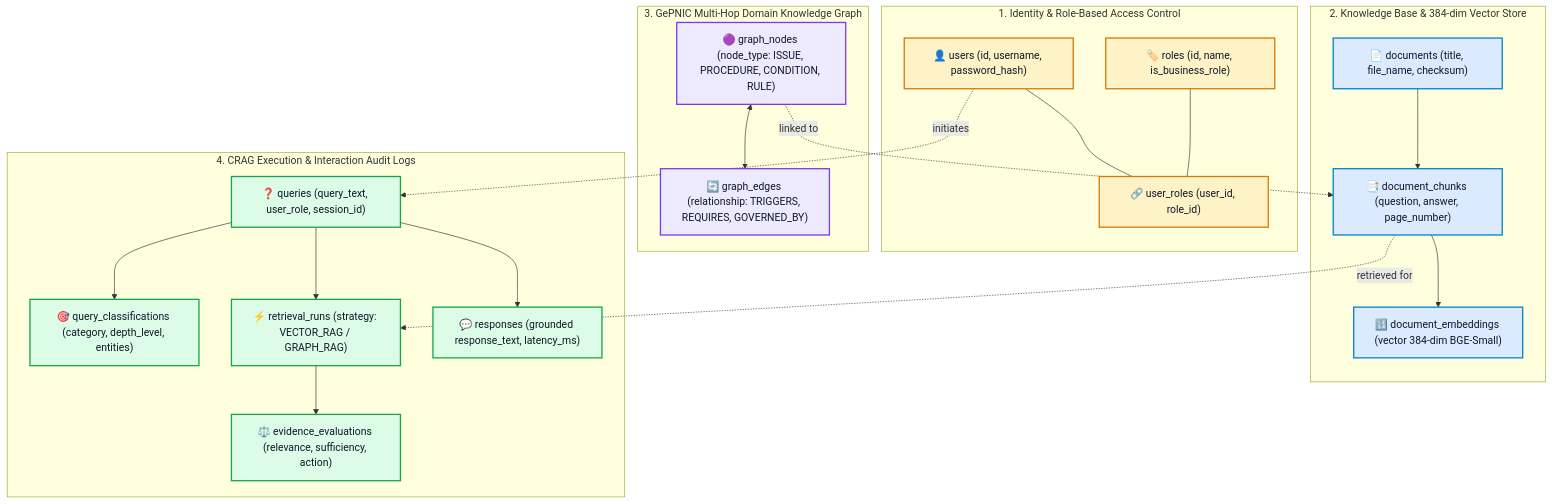
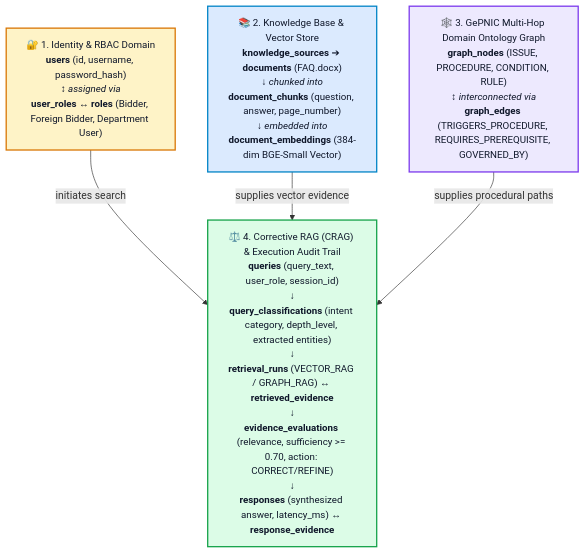
The third of 3 diagrams in README.md (normalnevan1/clarifibids), drawn with Mermaid before and after one commit.

Commit message:
docs: restructure database schema diagram into vertical domain blocks with 15px font for high visibility

````diff
--- a/README.md
+++ b/README.md
@@ -156,45 +156,23 @@
 ```mermaid
 flowchart TD
-    classDef auth fill:#fef3c7,stroke:#d97706,stroke-width:2px,color:#0f172a;
-    classDef docs fill:#dbeafe,stroke:#0284c7,stroke-width:2px,color:#0f172a;
-    classDef kg fill:#ede9fe,stroke:#7c3aed,stroke-width:2px,color:#0f172a;
-    classDef audit fill:#dcfce7,stroke:#16a34a,stroke-width:2px,color:#0f172a;
+    classDef auth fill:#fef3c7,stroke:#d97706,stroke-width:2px,color:#0f172a,font-size:15px;
+    classDef docs fill:#dbeafe,stroke:#0284c7,stroke-width:2px,color:#0f172a,font-size:15px;
+    classDef kg fill:#ede9fe,stroke:#7c3aed,stroke-width:2px,color:#0f172a,font-size:15px;
+    classDef audit fill:#dcfce7,stroke:#16a34a,stroke-width:2px,color:#0f172a,font-size:15px;
 
-    subgraph Auth ["1. Identity & Role-Based Access Control"]
-        U["👤 users (id, username, password_hash)"]:::auth
-        R["🏷️ roles (id, name, is_business_role)"]:::auth
-        UR["🔗 user_roles (user_id, role_id)"]:::auth
-        U --- UR
-        R --- UR
-    end
+    %% Tier 1: Identity
+    AUTH_BOX["🔐 1. Identity & RBAC Domain<br/><b>users</b> (id, username, password_hash)<br/>↕ <i>assigned via</i><br/><b>user_roles</b> ↔ <b>roles</b> (Bidder, Foreign Bidder, Department User)"]:::auth
 
-    subgraph Knowledge ["2. Knowledge Base & 384-dim Vector Store"]
-        DOC["📄 documents (title, file_name, checksum)"]:::docs
-        DC["📑 document_chunks (question, answer, page_number)"]:::docs
-        EMB["🔢 document_embeddings (vector 384-dim BGE-Small)"]:::docs
-        DOC --> DC
-        DC --> EMB
-    end
+    %% Tier 2: Knowledge Base
+    DOC_BOX["📚 2. Knowledge Base & Vector Store<br/><b>knowledge_sources</b> ➔ <b>documents</b> (FAQ.docx)<br/>↓ <i>chunked into</i><br/><b>document_chunks</b> (question, answer, page_number)<br/>↓ <i>embedded into</i><br/><b>document_embeddings</b> (384-dim BGE-Small Vector)"]:::docs
 
-    subgraph Ontology ["3. GePNIC Multi-Hop Domain Knowledge Graph"]
-        GN["🟣 graph_nodes (node_type: ISSUE, PROCEDURE, CONDITION, RULE)"]:::kg
-        GE["🔄 graph_edges (relationship: TRIGGERS, REQUIRES, GOVERNED_BY)"]:::kg
-        GN <--> GE
-    end
+    %% Tier 3: Domain Ontology
+    KG_BOX["🕸️ 3. GePNIC Multi-Hop Domain Ontology Graph<br/><b>graph_nodes</b> (ISSUE, PROCEDURE, CONDITION, RULE)<br/>↕ <i>interconnected via</i><br/><b>graph_edges</b> (TRIGGERS_PROCEDURE, REQUIRES_PREREQUISITE, GOVERNED_BY)"]:::kg
 
-    subgraph Audit ["4. CRAG Execution & Interaction Audit Logs"]
-        Q["❓ queries (query_text, user_role, session_id)"]:::audit
-        QC["🎯 query_classifications (category, depth_level, entities)"]:::audit
-        RR["⚡ retrieval_runs (strategy: VECTOR_RAG / GRAPH_RAG)"]:::audit
-        EE["⚖️ evidence_evaluations (relevance, sufficiency, action)"]:::audit
-        RESP["💬 responses (grounded response_text, latency_ms)"]:::audit
-        Q --> QC
-        Q --> RR
-        RR --> EE
-        Q --> RESP
-    end
+    %% Tier 4: CRAG & Audit Trail
+    AUDIT_BOX["⚖️ 4. Corrective RAG (CRAG) & Execution Audit Trail<br/><b>queries</b> (query_text, user_role, session_id)<br/>↓<br/><b>query_classifications</b> (intent category, depth_level, extracted entities)<br/>↓<br/><b>retrieval_runs</b> (VECTOR_RAG / GRAPH_RAG) ↔ <b>retrieved_evidence</b><br/>↓<br/><b>evidence_evaluations</b> (relevance, sufficiency >= 0.70, action: CORRECT/REFINE)<br/>↓<br/><b>responses</b> (synthesized answer, latency_ms) ↔ <b>response_evidence</b>"]:::audit
 
-    U -.->|"initiates"| Q
-    DC -.->|"retrieved for"| RR
-    GN -.->|"linked to"| DC
+    AUTH_BOX -->|"initiates search"| AUDIT_BOX
+    DOC_BOX -->|"supplies vector evidence"| AUDIT_BOX
+    KG_BOX -->|"supplies procedural paths"| AUDIT_BOX
 ```
````
